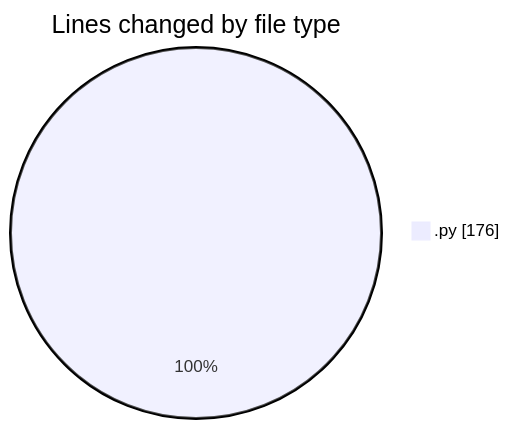
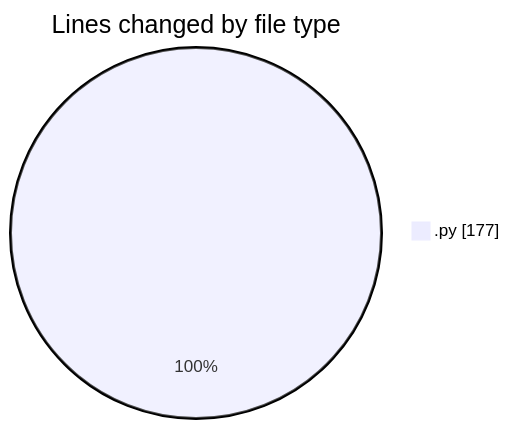
One commit to julien-gomy/code-tracking changed the first of 2 diagrams in 2025-11-24/eventscop-api-guide__workspace_/README.md. Above: the diagram before and after it, drawn with Mermaid. The commit also changed other lines of this file and 1 other file, not shown here.

````diff
--- a/2025-11-24/eventscop-api-guide__workspace_/README.md
+++ b/2025-11-24/eventscop-api-guide__workspace_/README.md
@@ -21,5 +22,5 @@
 ```mermaid
 pie showData
 title Lines changed by file type
-".py" : 176
+".py" : 177
 ```
````
